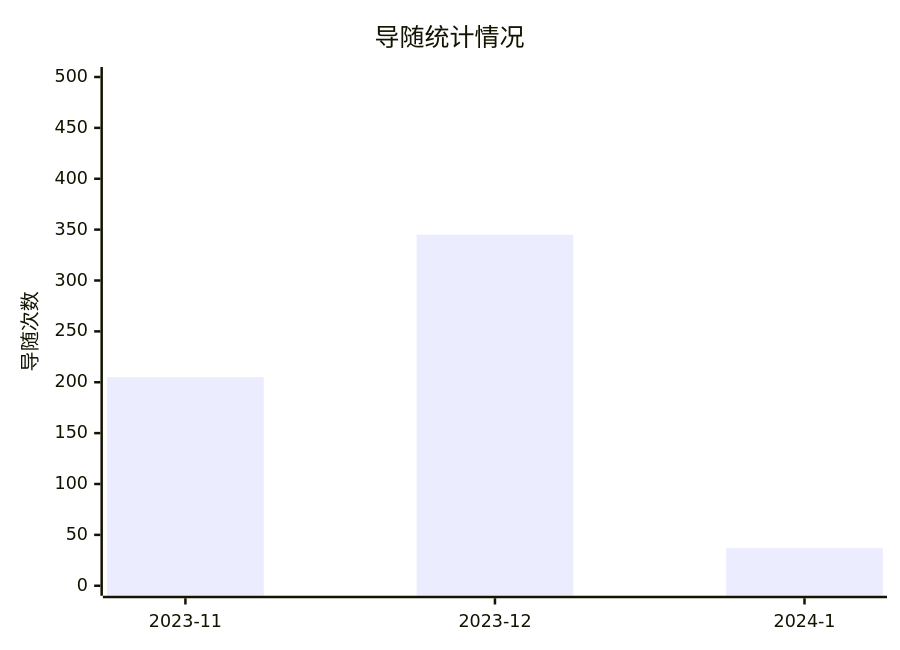
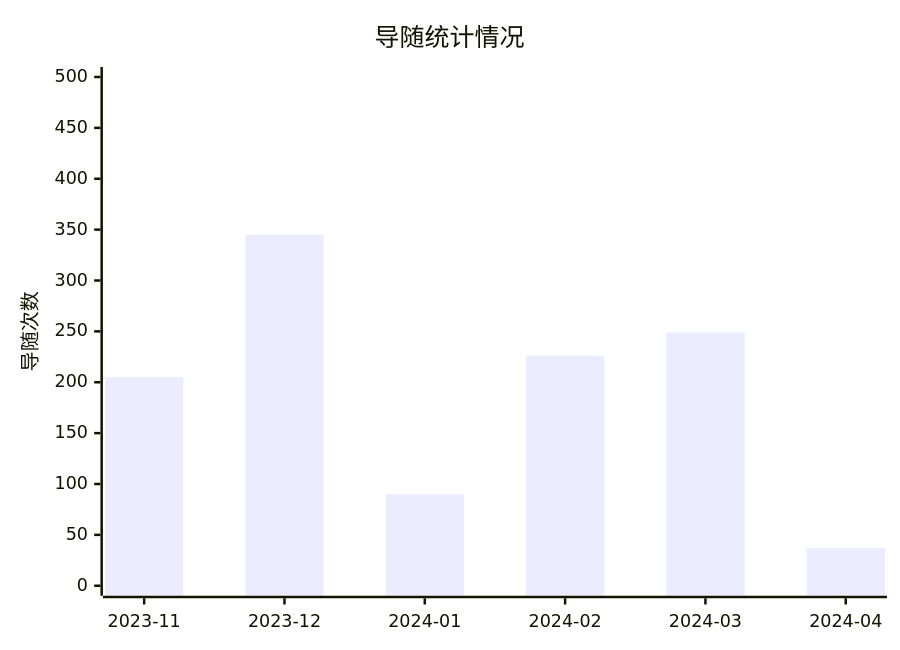
The second of 2 diagrams in _tabs/about.md (wanwan0514/wanwan0514.github.io), drawn with Mermaid before and after one commit. The commit also changed other lines of this file and 10 other files, not shown here.

Commit message:
modify about pie chart, delete and modify posts

````diff
--- a/_tabs/about.md
+++ b/_tabs/about.md
@@ -16,7 +20,7 @@
 ```mermaid
 xychart-beta
     title "导随统计情况"
-    x-axis [2023-11, 2023-12, 2024-1]
+    x-axis [2023-11, 2023-12, 2024-01, 2024-02, 2024-03, 2024-04]
     y-axis "导随次数" 0 --> 500
-    bar [205, 345, 37]
+    bar [205, 345, 90, 226, 249, 37]
 ```
````
